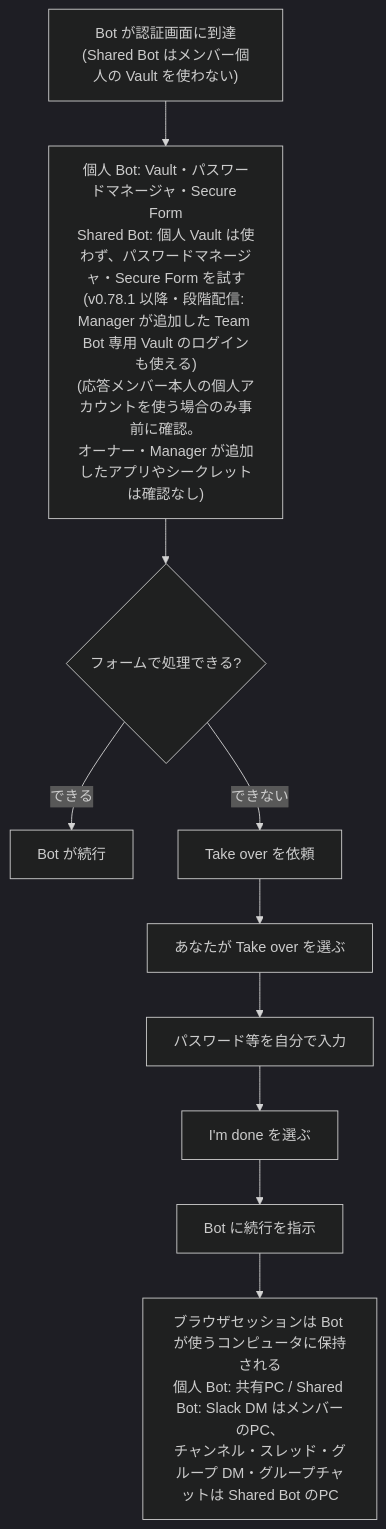
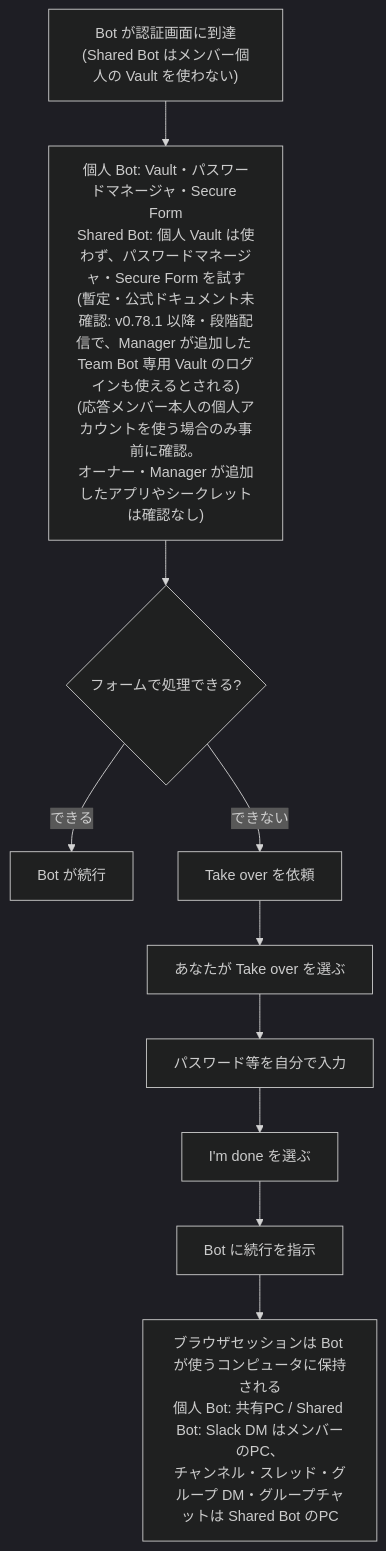
One commit to myoshi2891/Comparison-of-LLMs changed the fifth of 11 diagrams in Xai-grok-bot-guide.md. Above: the diagram before and after it, drawn with Mermaid (dark theme). The commit also changed other lines of this file, not shown here.

Commit message:
docs(xai): mark Team Bot Vault details as provisional, forbid personal accounts, split research dates

````diff
--- a/Xai-grok-bot-guide.md
+++ b/Xai-grok-bot-guide.md
@@ -335,12 +339,12 @@
 ```mermaid
 flowchart TD
-    A["Bot が認証画面に到達<br/>(Shared Bot はメンバー個人の Vault を使わない)"] --> V["個人 Bot: Vault・パスワードマネージャ・Secure Form<br/>Shared Bot: 個人 Vault は使わず、パスワードマネージャ・Secure Form を試す<br/>(v0.78.1 以降・段階配信: Manager が追加した Team Bot 専用 Vault のログインも使える)<br/>(応答メンバー本人の個人アカウントを使う場合のみ事前に確認。<br/>オーナー・Manager が追加したアプリやシークレットは確認なし)"]
+    A["Bot が認証画面に到達<br/>(Shared Bot はメンバー個人の Vault を使わない)"] --> V["個人 Bot: Vault・パスワードマネージャ・Secure Form<br/>Shared Bot: 個人 Vault は使わず、パスワードマネージャ・Secure Form を試す<br/>(暫定・公式ドキュメント未確認: v0.78.1 以降・段階配信で、Manager が追加した Team Bot 専用 Vault のログインも使えるとされる)<br/>(応答メンバー本人の個人アカウントを使う場合のみ事前に確認。<br/>オーナー・Manager が追加したアプリやシークレットは確認なし)"]
     V --> Q{"フォームで処理できる?"}
     Q -- "できる" --> OK["Bot が続行"]
     Q -- "できない" --> B["Take over を依頼"]
     B --> C["あなたが Take over を選ぶ"]
     C --> D["パスワード等を自分で入力"]
     D --> E["I'm done を選ぶ"]
     E --> F["Bot に続行を指示"]
     F --> G["ブラウザセッションは Bot が使うコンピュータに保持される<br/>個人 Bot: 共有PC / Shared Bot: Slack DM はメンバーのPC、<br/>チャンネル・スレッド・グループ DM・グループチャットは Shared Bot のPC"]
 ```
````
